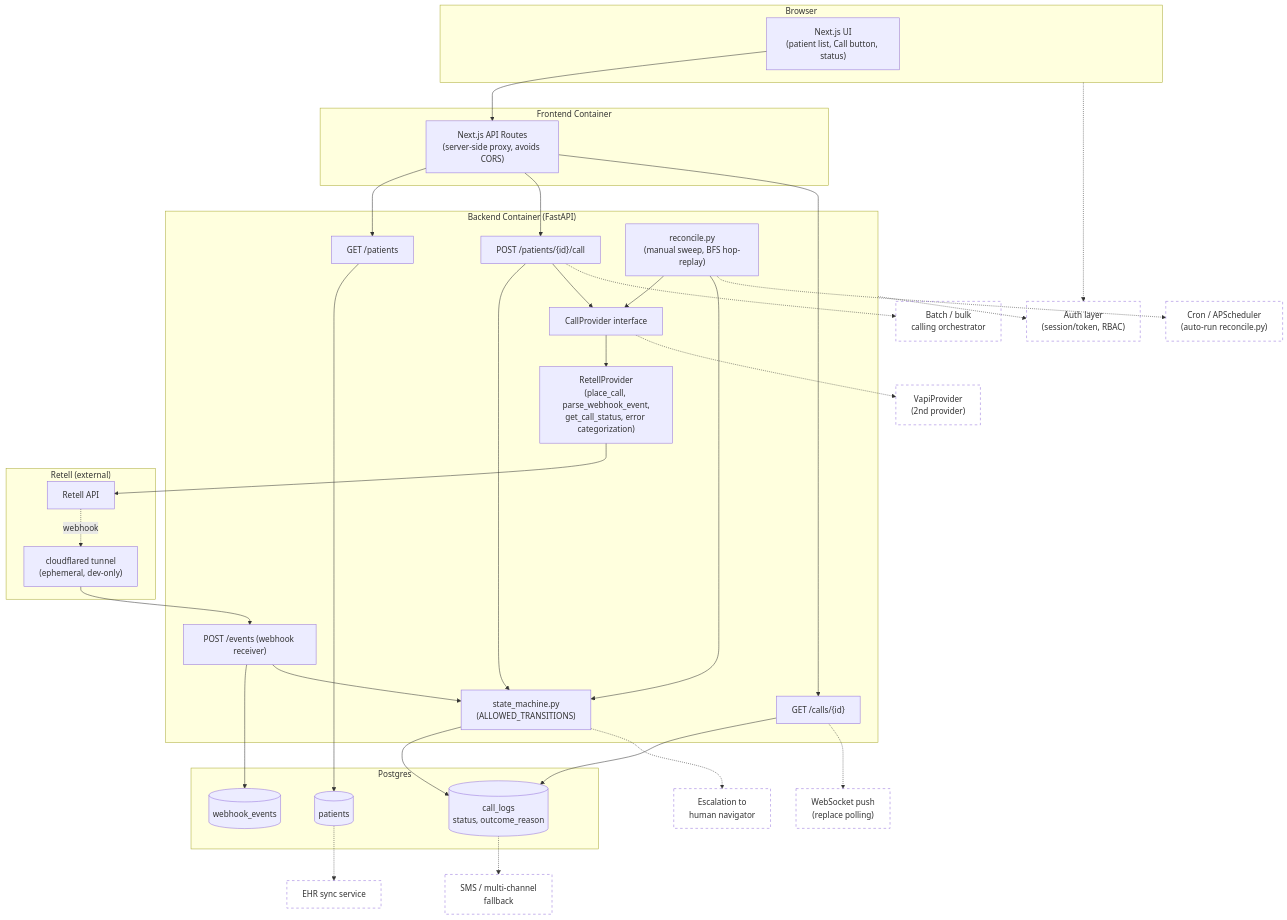
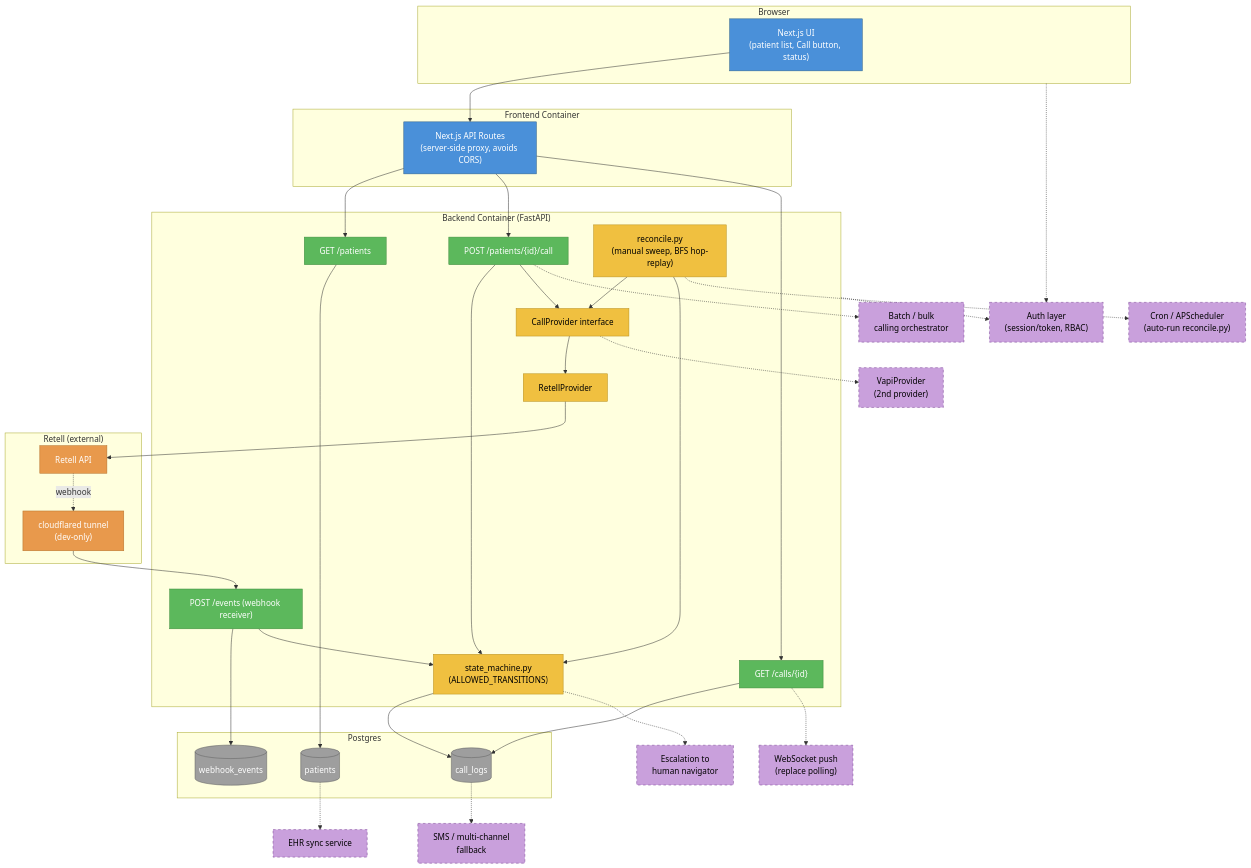
One commit to liam-pinson/rely-health-ai-calling-agent changed the second of 2 diagrams in README.md. Above: the diagram before and after it, drawn with Mermaid. The commit also changed other lines of this file, not shown here.

Commit message:
fix Readme readability and extension diagrams

````diff
--- a/README.md
+++ b/README.md
@@ -153,63 +473,75 @@
 ```mermaid
 flowchart TB
     subgraph Client["Browser"]
         UI["Next.js UI<br/>(patient list, Call button, status)"]
     end
 
     subgraph Frontend["Frontend Container"]
         Proxy["Next.js API Routes<br/>(server-side proxy, avoids CORS)"]
     end
 
     subgraph Backend["Backend Container (FastAPI)"]
         Patients["GET /patients"]
         CallEP["POST /patients/{id}/call"]
         Events["POST /events (webhook receiver)"]
         CallsGet["GET /calls/{id}"]
         SM["state_machine.py<br/>(ALLOWED_TRANSITIONS)"]
         Reconcile["reconcile.py<br/>(manual sweep, BFS hop-replay)"]
         Provider["CallProvider interface"]
-        Retell["RetellProvider<br/>(place_call, parse_webhook_event,<br/>get_call_status, error categorization)"]
+        Retell["RetellProvider"]
     end
 
     subgraph DB["Postgres"]
         PatientTbl[("patients")]
-        CallLogTbl[("call_logs<br/>status, outcome_reason")]
+        CallLogTbl[("call_logs")]
         WebhookTbl[("webhook_events")]
     end
 
     subgraph External["Retell (external)"]
         RetellAPI["Retell API"]
-        Tunnel["cloudflared tunnel<br/>(ephemeral, dev-only)"]
+        Tunnel["cloudflared tunnel<br/>(dev-only)"]
     end
 
     UI --> Proxy --> Patients & CallEP & CallsGet
     CallEP --> SM --> CallLogTbl
     CallEP --> Provider --> Retell --> RetellAPI
     RetellAPI -.webhook.-> Tunnel --> Events --> WebhookTbl
     Events --> SM
     Reconcile --> Provider
     Reconcile --> SM
     Patients --> PatientTbl
     CallsGet --> CallLogTbl
 
-    Vapi["VapiProvider<br/>(2nd provider)"]:::ext
-    SMS["SMS / multi-channel<br/>fallback"]:::ext
-    Escalation["Escalation to<br/>human navigator"]:::ext
-    Batch["Batch / bulk<br/>calling orchestrator"]:::ext
-    EHR["EHR sync service"]:::ext
-    Scheduler["Cron / APScheduler<br/>(auto-run reconcile.py)"]:::ext
-    WS["WebSocket push<br/>(replace polling)"]:::ext
-    Auth["Auth layer<br/>(session/token, RBAC)"]:::ext
+    Vapi["VapiProvider<br/>(2nd provider)"]
+    SMS["SMS / multi-channel<br/>fallback"]
+    Escalation["Escalation to<br/>human navigator"]
+    Batch["Batch / bulk<br/>calling orchestrator"]
+    EHR["EHR sync service"]
+    Scheduler["Cron / APScheduler<br/>(auto-run reconcile.py)"]
+    WS["WebSocket push<br/>(replace polling)"]
+    Auth["Auth layer<br/>(session/token, RBAC)"]
 
     Provider -.-> Vapi
     CallLogTbl -.-> SMS
     SM -.-> Escalation
     CallEP -.-> Batch
     PatientTbl -.-> EHR
     Reconcile -.-> Scheduler
     CallsGet -.-> WS
     Client -.-> Auth
     Backend -.-> Auth
 
-    classDef ext stroke-dasharray: 5 5,fill:none;
+    class UI,Proxy frontend
+    class Patients,CallEP,Events,CallsGet route
+    class SM,Reconcile,Provider,Retell logic
+    class PatientTbl,CallLogTbl,WebhookTbl db
+    class RetellAPI,Tunnel external
+    class Vapi,SMS,Escalation,Batch,EHR,Scheduler,WS,Auth future
+
+    classDef frontend fill:#4A90D9,stroke:#2C5F8A,color:#fff
+    classDef route fill:#5CB85C,stroke:#3D8B3D,color:#fff
+    classDef logic fill:#F0C040,stroke:#B8901E,color:#000
+    classDef db fill:#9E9E9E,stroke:#616161,color:#fff
+    classDef external fill:#E8994C,stroke:#B5702A,color:#fff
+    classDef future fill:#C9A0DC,stroke:#7B4397,color:#000,stroke-dasharray: 5 5
 ```
````
